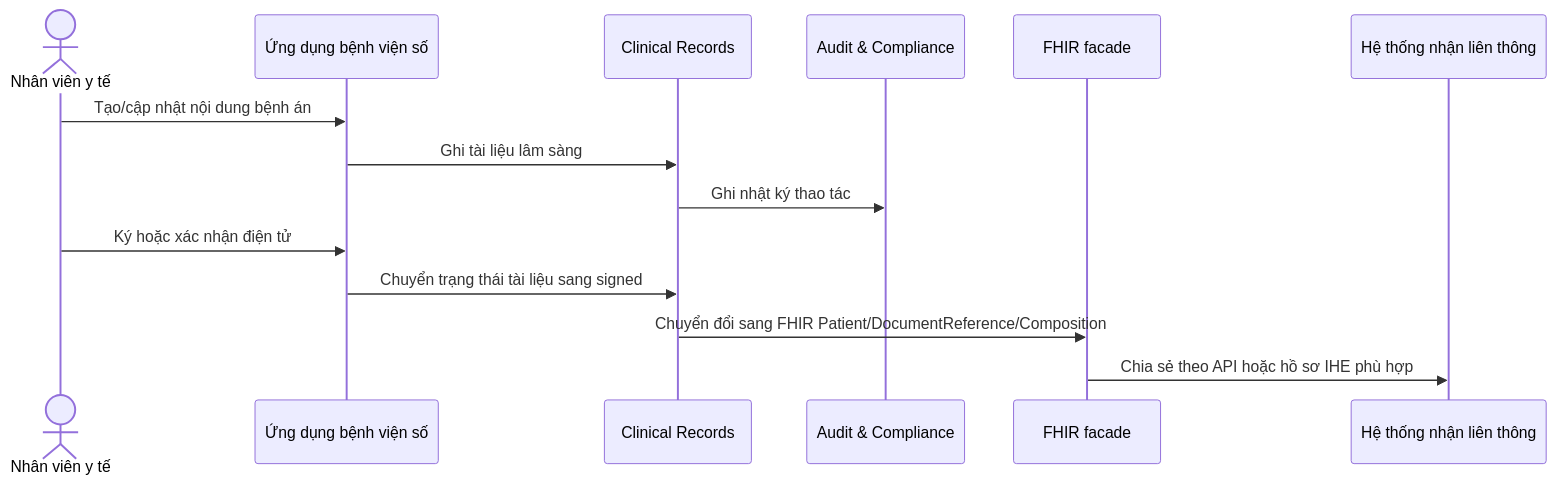
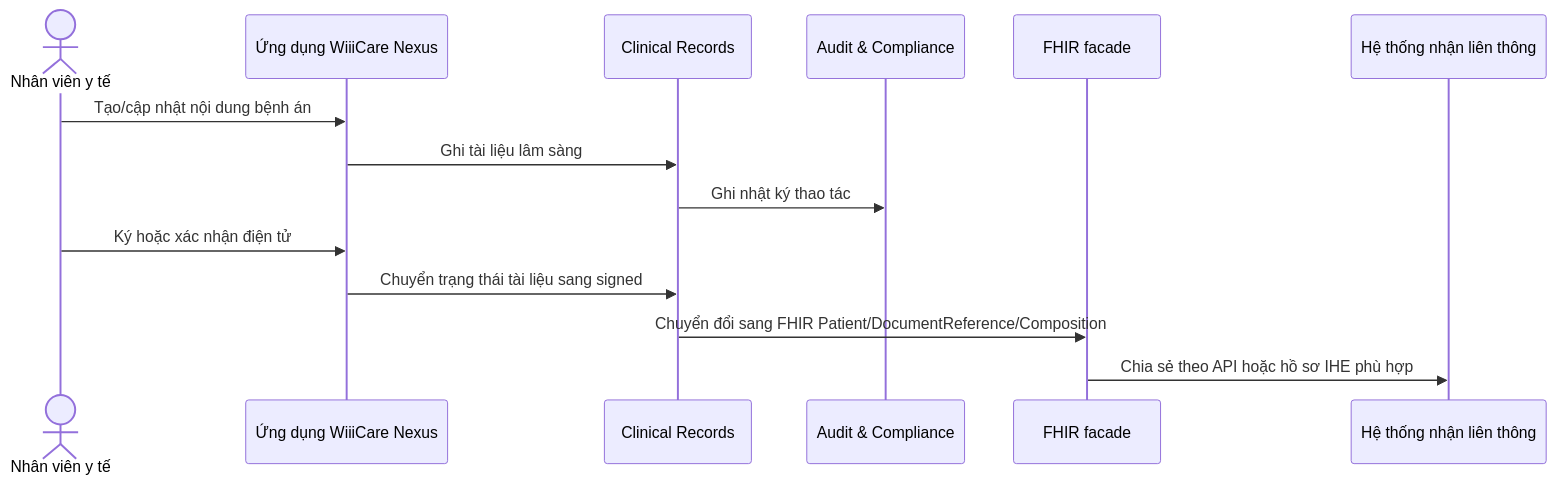
One commit to meiiie/benh_vien changed the second of 2 diagrams in docs/ARCHITECTURE.md. Above: the diagram before and after it, drawn with Mermaid. The commit also changed other lines of this file and 4 other files, not shown here.

Commit message:
docs: brand project as WiiiCare Nexus

````diff
--- a/docs/ARCHITECTURE.md
+++ b/docs/ARCHITECTURE.md
@@ -58,17 +58,17 @@
 ```mermaid
 sequenceDiagram
   actor User as Nhân viên y tế
-  participant App as Ứng dụng bệnh viện số
+  participant App as Ứng dụng WiiiCare Nexus
   participant EMR as Clinical Records
   participant Audit as Audit & Compliance
   participant FHIR as FHIR facade
   participant Partner as Hệ thống nhận liên thông
 
   User->>App: Tạo/cập nhật nội dung bệnh án
   App->>EMR: Ghi tài liệu lâm sàng
   EMR->>Audit: Ghi nhật ký thao tác
   User->>App: Ký hoặc xác nhận điện tử
   App->>EMR: Chuyển trạng thái tài liệu sang signed
   EMR->>FHIR: Chuyển đổi sang FHIR Patient/DocumentReference/Composition
   FHIR->>Partner: Chia sẻ theo API hoặc hồ sơ IHE phù hợp
 ```
````
